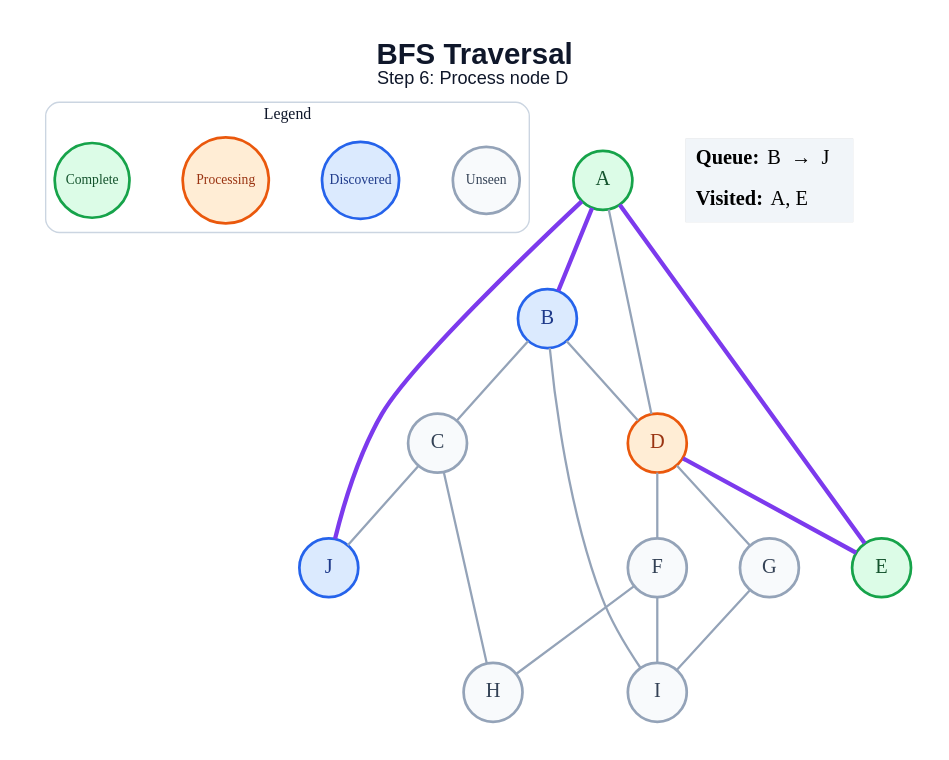
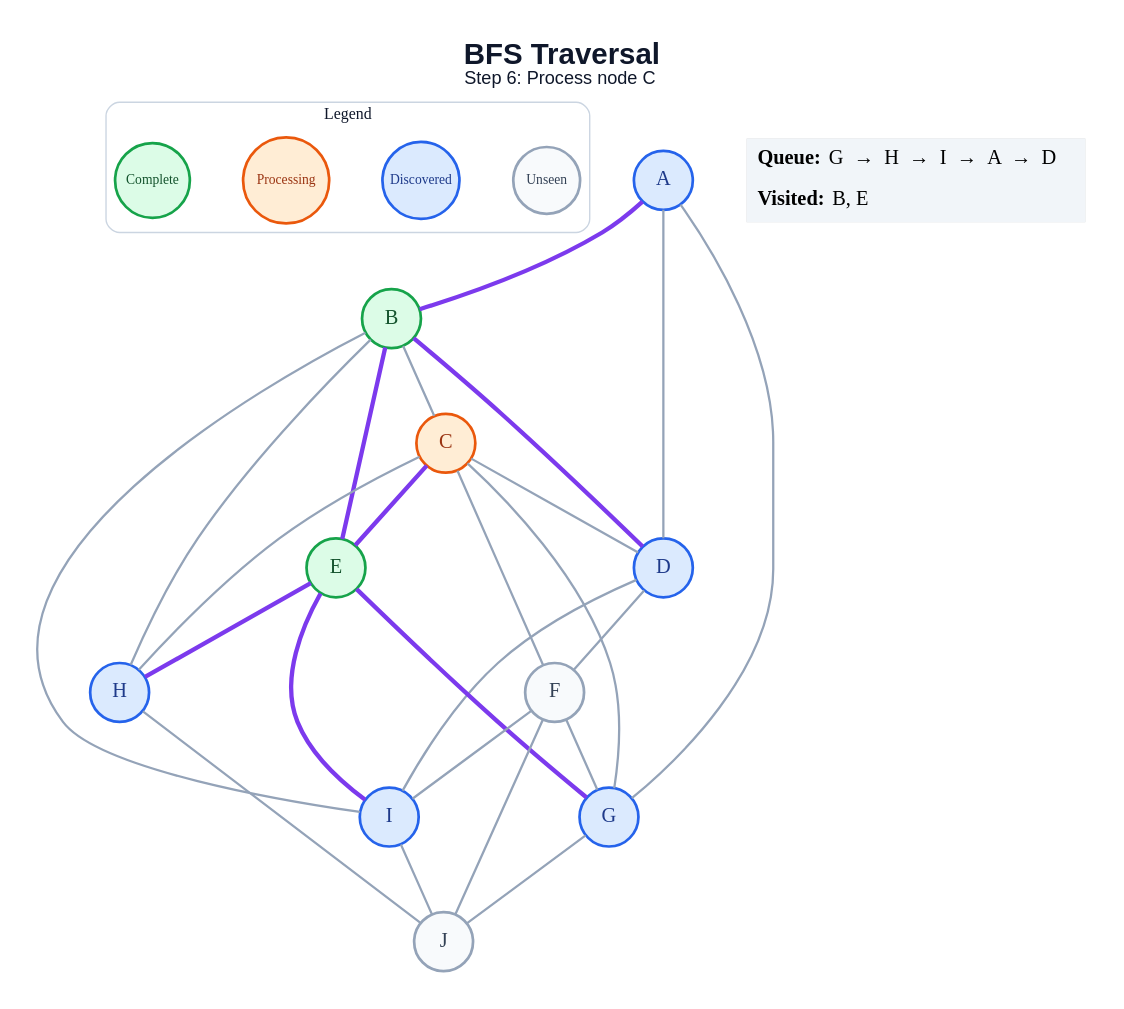
One commit to amanghodawala9/ai-slop changed the diagram in generated/specific-node/bfs/step_06.dot. Above: the diagram before and after it, drawn with Graphviz. The commit also changed 178 other files, not shown here.

```diff
--- a/generated/specific-node/bfs/step_06.dot
+++ b/generated/specific-node/bfs/step_06.dot
@@ -1,44 +1,53 @@
 graph traversal {
   graph [layout=dot, rankdir=TB, bgcolor="#FFFFFF", pad="0.35", nodesep="0.65", ranksep="0.8", fontname="Arial"];
   node [shape=circle, style="filled", fontname="Arial Bold", fontsize=18, width=0.72, fixedsize=true, penwidth=2.4];
   edge [color="#94A3B8", penwidth=2.0];
-  label=<<B>BFS Traversal</B><BR/><FONT POINT-SIZE="16">Step 6: Process node D</FONT>>; labelloc="t"; fontsize=26; fontname="Arial"; fontcolor="#0F172A";
+  label=<<B>BFS Traversal</B><BR/><FONT POINT-SIZE="16">Step 6: Process node C</FONT>>; labelloc="t"; fontsize=26; fontname="Arial"; fontcolor="#0F172A";
   subgraph cluster_legend { label="Legend"; color="#CBD5E1"; penwidth=1.2; style="rounded"; fontsize=14; fontname="Arial Bold";
     key_unseen [label="Unseen", fillcolor="#F8FAFC", color="#94A3B8", fontcolor="#334155", fontsize=12, width=0.82];
     key_frontier [label="Discovered", fillcolor="#DBEAFE", color="#2563EB", fontcolor="#1E3A8A", fontsize=12, width=0.95];
     key_current [label="Processing", fillcolor="#FFEDD5", color="#EA580C", fontcolor="#9A3412", fontsize=12, width=1.05];
     key_done [label="Complete", fillcolor="#DCFCE7", color="#16A34A", fontcolor="#14532D", fontsize=12, width=0.92];
     { rank=same; key_unseen; key_frontier; key_current; key_done; }
   }
-  A [fillcolor="#DCFCE7", color="#16A34A", fontcolor="#14532D"];
-  B [fillcolor="#DBEAFE", color="#2563EB", fontcolor="#1E3A8A"];
-  C [fillcolor="#F8FAFC", color="#94A3B8", fontcolor="#334155"];
-  D [fillcolor="#FFEDD5", color="#EA580C", fontcolor="#9A3412"];
+  A [fillcolor="#DBEAFE", color="#2563EB", fontcolor="#1E3A8A"];
+  B [fillcolor="#DCFCE7", color="#16A34A", fontcolor="#14532D"];
+  C [fillcolor="#FFEDD5", color="#EA580C", fontcolor="#9A3412"];
+  D [fillcolor="#DBEAFE", color="#2563EB", fontcolor="#1E3A8A"];
   E [fillcolor="#DCFCE7", color="#16A34A", fontcolor="#14532D"];
   F [fillcolor="#F8FAFC", color="#94A3B8", fontcolor="#334155"];
-  G [fillcolor="#F8FAFC", color="#94A3B8", fontcolor="#334155"];
-  H [fillcolor="#F8FAFC", color="#94A3B8", fontcolor="#334155"];
-  I [fillcolor="#F8FAFC", color="#94A3B8", fontcolor="#334155"];
-  J [fillcolor="#DBEAFE", color="#2563EB", fontcolor="#1E3A8A"];
+  G [fillcolor="#DBEAFE", color="#2563EB", fontcolor="#1E3A8A"];
+  H [fillcolor="#DBEAFE", color="#2563EB", fontcolor="#1E3A8A"];
+  I [fillcolor="#DBEAFE", color="#2563EB", fontcolor="#1E3A8A"];
+  J [fillcolor="#F8FAFC", color="#94A3B8", fontcolor="#334155"];
   A -- B [color="#7C3AED", penwidth=3.8];
   A -- D;
-  A -- E [color="#7C3AED", penwidth=3.8];
-  A -- J [color="#7C3AED", penwidth=3.8];
+  A -- G;
   B -- C;
-  B -- D;
+  B -- D [color="#7C3AED", penwidth=3.8];
+  B -- E [color="#7C3AED", penwidth=3.8];
+  B -- H;
   B -- I;
+  C -- D;
+  C -- E [color="#7C3AED", penwidth=3.8];
+  C -- F;
+  C -- G;
   C -- H;
-  C -- J;
-  D -- E [color="#7C3AED", penwidth=3.8];
   D -- F;
-  D -- G;
-  F -- H;
+  D -- I;
+  E -- G [color="#7C3AED", penwidth=3.8];
+  E -- H [color="#7C3AED", penwidth=3.8];
+  E -- I [color="#7C3AED", penwidth=3.8];
+  F -- G;
   F -- I;
-  G -- I;
+  F -- J;
+  G -- J;
+  H -- J;
+  I -- J;
   status [shape=plain, fixedsize=false, width=0, height=0, margin=0, label=<
     <TABLE BORDER="0" CELLBORDER="0" CELLPADDING="7" BGCOLOR="#F1F5F9">
-      <TR><TD ALIGN="LEFT"><B>Queue:</B> B  →  J</TD></TR>
-      <TR><TD ALIGN="LEFT"><B>Visited:</B> A, E</TD></TR>
+      <TR><TD ALIGN="LEFT"><B>Queue:</B> G  →  H  →  I  →  A  →  D</TD></TR>
+      <TR><TD ALIGN="LEFT"><B>Visited:</B> B, E</TD></TR>
     </TABLE>
   >];
 }
```
